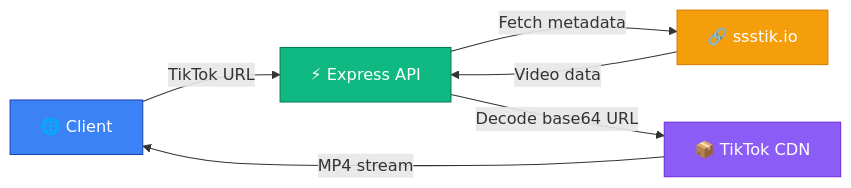
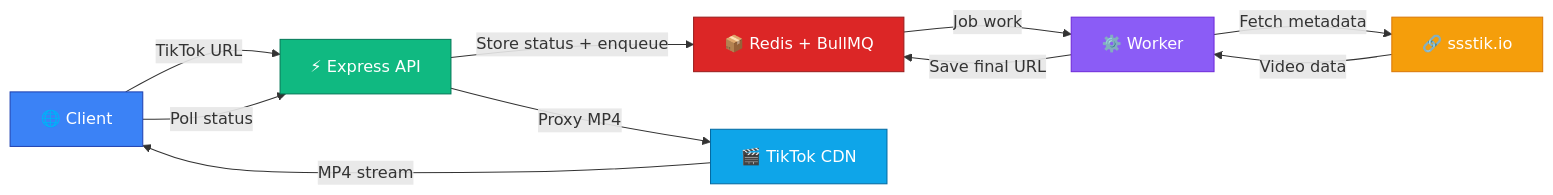
The diagram in README.md (rizkyilhampra/sstiktok-downloader), drawn with Mermaid before and after one commit. The commit also changed other lines of this file and 24 other files, not shown here.

````diff
--- a/README.md
+++ b/README.md
@@ -32,13 +32,19 @@
 ```mermaid
 graph LR
     A["🌐 Client"] -->|TikTok URL| B["⚡ Express API"]
-    B -->|Fetch metadata| C["🔗 ssstik.io"]
-    C -->|Video data| B
-    B -->|Decode base64 URL| D["📦 TikTok CDN"]
-    D -->|MP4 stream| A
+    B -->|Store status + enqueue| C["📦 Redis + BullMQ"]
+    C -->|Job work| D["⚙️ Worker"]
+    D -->|Fetch metadata| E["🔗 ssstik.io"]
+    E -->|Video data| D
+    D -->|Save final URL| C
+    A -->|Poll status| B
+    B -->|Proxy MP4| F["🎬 TikTok CDN"]
+    F -->|MP4 stream| A
 
     style A fill:#3b82f6,stroke:#1e40af,color:#fff
     style B fill:#10b981,stroke:#047857,color:#fff
-    style C fill:#f59e0b,stroke:#d97706,color:#fff
+    style C fill:#dc2626,stroke:#991b1b,color:#fff
     style D fill:#8b5cf6,stroke:#6d28d9,color:#fff
+    style E fill:#f59e0b,stroke:#d97706,color:#fff
+    style F fill:#0ea5e9,stroke:#0369a1,color:#fff
 ```
````
